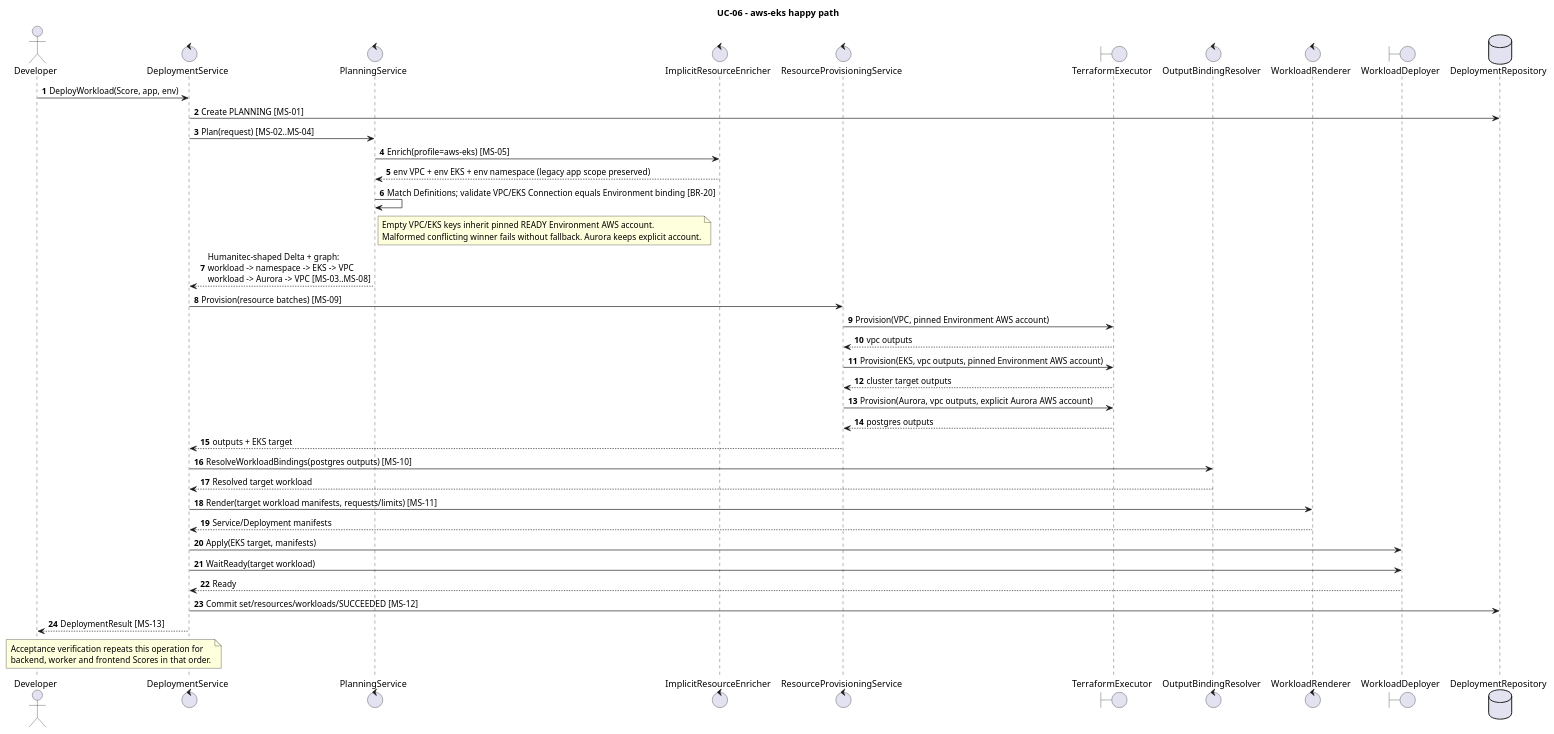
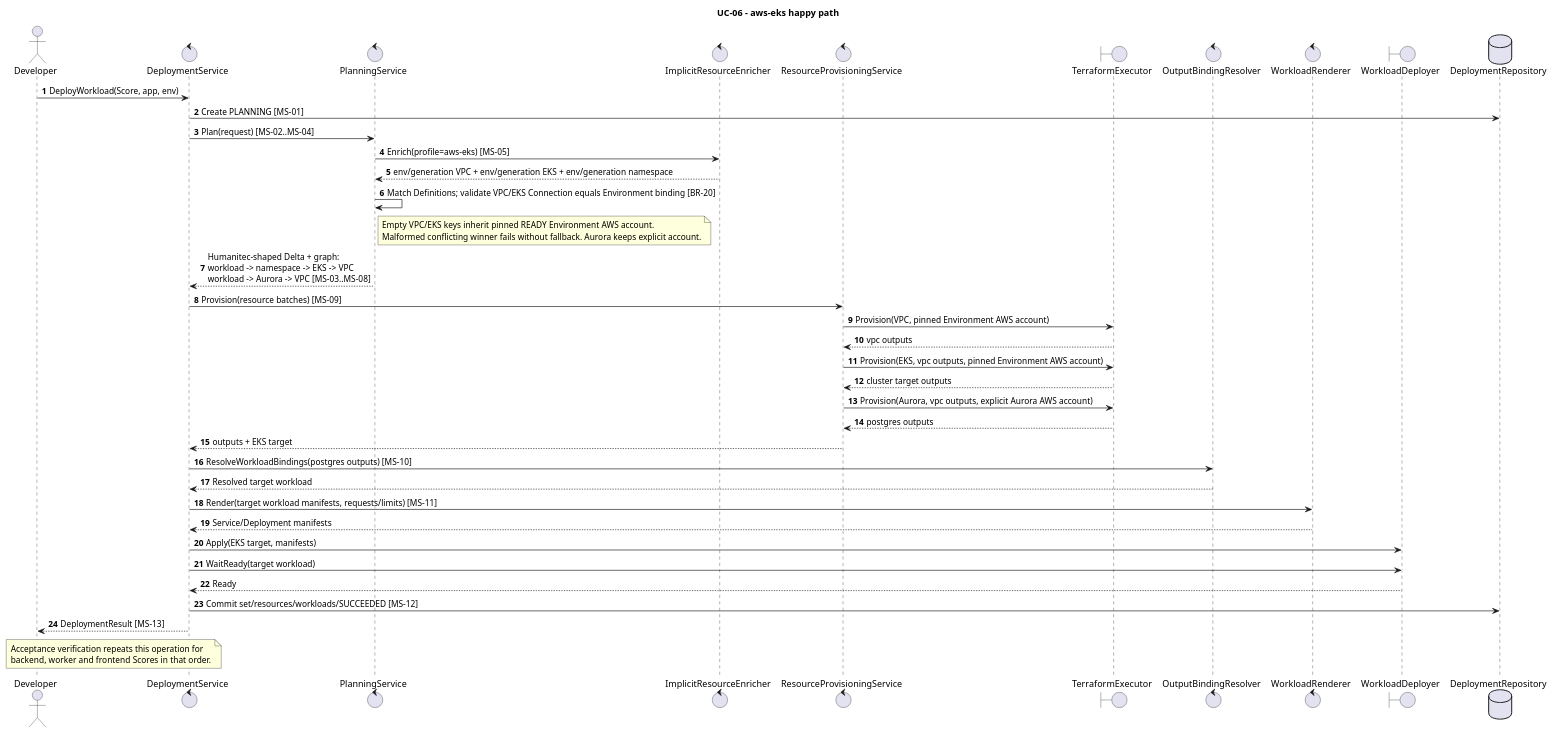
The diagram in orchestrator_docs/usecase/UC-06/sequence-cloud.puml (pr3s3nt/poc), drawn with PlantUML before and after one commit. The commit also changed 51 other files, not shown here.

Commit message:
T27: remove legacy infrastructure scope and seed template upgrades

```diff
--- a/orchestrator_docs/usecase/UC-06/sequence-cloud.puml
+++ b/orchestrator_docs/usecase/UC-06/sequence-cloud.puml
@@ -1,47 +1,47 @@
 @startuml
 title UC-06 - aws-eks happy path
 autonumber
 actor Developer
 control DeploymentService as Service
 control PlanningService as Planner
 control ImplicitResourceEnricher as Enricher
 control ResourceProvisioningService as Provisioner
 boundary TerraformExecutor as Terraform
 control OutputBindingResolver as Resolver
 control WorkloadRenderer as Renderer
 boundary WorkloadDeployer as K8s
 database DeploymentRepository as Repo
 
 Developer -> Service: DeployWorkload(Score, app, env)
 Service -> Repo: Create PLANNING [MS-01]
 Service -> Planner: Plan(request) [MS-02..MS-04]
 Planner -> Enricher: Enrich(profile=aws-eks) [MS-05]
-Enricher --> Planner: env VPC + env EKS + env namespace (legacy app scope preserved)
+Enricher --> Planner: env/generation VPC + env/generation EKS + env/generation namespace
 Planner -> Planner: Match Definitions; validate VPC/EKS Connection equals Environment binding [BR-20]
 note right of Planner
 Empty VPC/EKS keys inherit pinned READY Environment AWS account.
 Malformed conflicting winner fails without fallback. Aurora keeps explicit account.
 end note
 Planner --> Service: Humanitec-shaped Delta + graph:\nworkload -> namespace -> EKS -> VPC\nworkload -> Aurora -> VPC [MS-03..MS-08]
 Service -> Provisioner: Provision(resource batches) [MS-09]
 Provisioner -> Terraform: Provision(VPC, pinned Environment AWS account)
 Terraform --> Provisioner: vpc outputs
 Provisioner -> Terraform: Provision(EKS, vpc outputs, pinned Environment AWS account)
 Terraform --> Provisioner: cluster target outputs
 Provisioner -> Terraform: Provision(Aurora, vpc outputs, explicit Aurora AWS account)
 Terraform --> Provisioner: postgres outputs
 Provisioner --> Service: outputs + EKS target
 Service -> Resolver: ResolveWorkloadBindings(postgres outputs) [MS-10]
 Resolver --> Service: Resolved target workload
 Service -> Renderer: Render(target workload manifests, requests/limits) [MS-11]
 Renderer --> Service: Service/Deployment manifests
 Service -> K8s: Apply(EKS target, manifests)
 Service -> K8s: WaitReady(target workload)
 K8s --> Service: Ready
 Service -> Repo: Commit set/resources/workloads/SUCCEEDED [MS-12]
 Service --> Developer: DeploymentResult [MS-13]
 note over Developer, Service
 Acceptance verification repeats this operation for
 backend, worker and frontend Scores in that order.
 end note
 @enduml
```
